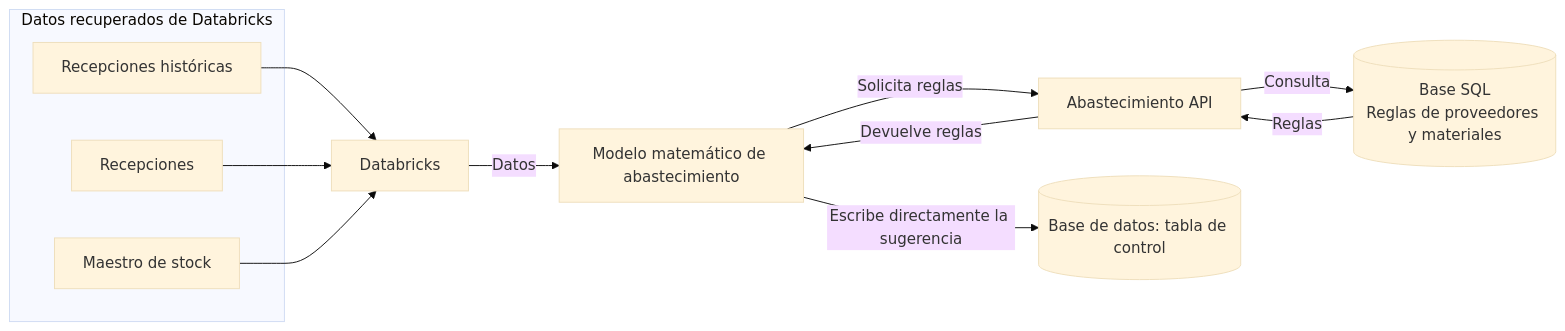
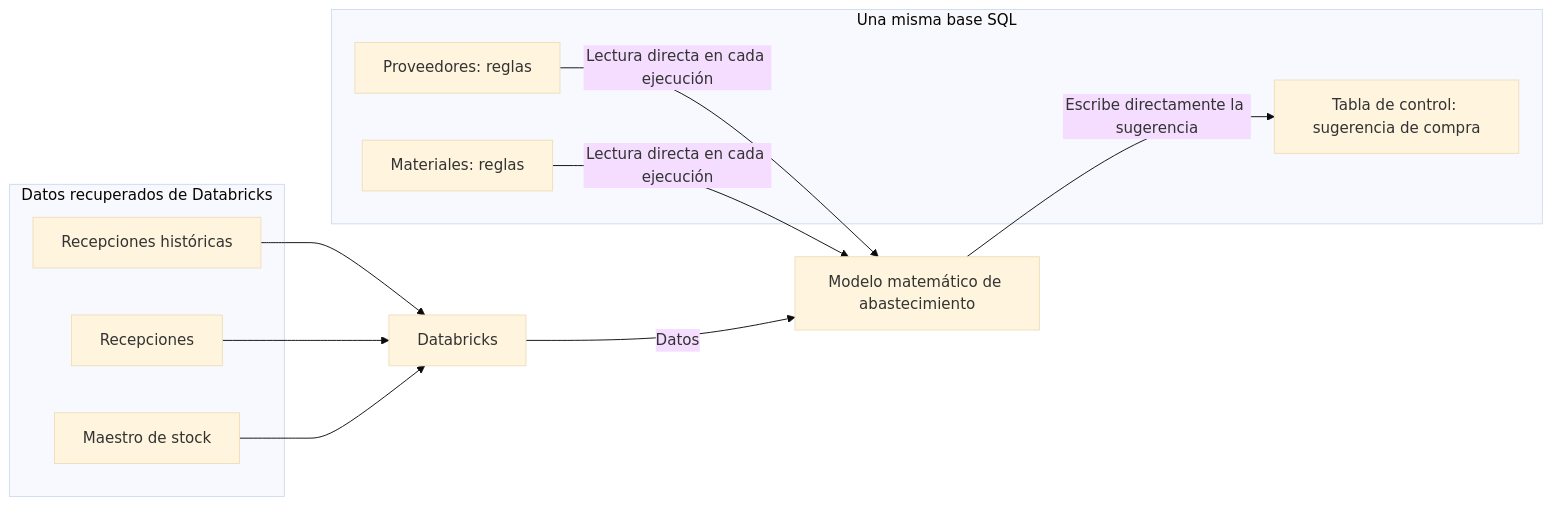
Before and after one commit to eblasiAndreani/workspace-operativo: the second of 3 diagrams in diagrams/abastecimiento-actual.md, drawn with Mermaid (base theme). The commit also changed other lines of this file and 4 other files, not shown here.

Commit message:
Show direct SQL reads and writes in proposed model flow

````diff
--- a/diagrams/abastecimiento-actual.md
+++ b/diagrams/abastecimiento-actual.md
@@ -46,23 +46,23 @@
 ```mermaid
 flowchart LR
     subgraph DATABRICKS[Datos recuperados de Databricks]
         RH[Recepciones históricas]
         RE[Recepciones]
         ST[Maestro de stock]
     end
     DB[Databricks]
     MOD[Modelo matemático de abastecimiento]
-    ABA[Abastecimiento API]
-    SQL[(Base SQL\nReglas de proveedores y materiales)]
-    CTRL[(Base de datos: tabla de control)]
+    subgraph SQL[Una misma base SQL]
+        PR[Proveedores: reglas]
+        MA[Materiales: reglas]
+        CTRL[Tabla de control: sugerencia de compra]
+    end
 
     RH --> DB
     RE --> DB
     ST --> DB
     DB -->|Datos| MOD
-    MOD -->|Solicita reglas| ABA
-    ABA -->|Consulta| SQL
-    SQL -->|Reglas| ABA
-    ABA -->|Devuelve reglas| MOD
+    PR -->|Lectura directa en cada ejecución| MOD
+    MA -->|Lectura directa en cada ejecución| MOD
     MOD -->|Escribe directamente la sugerencia| CTRL
 ```
````
